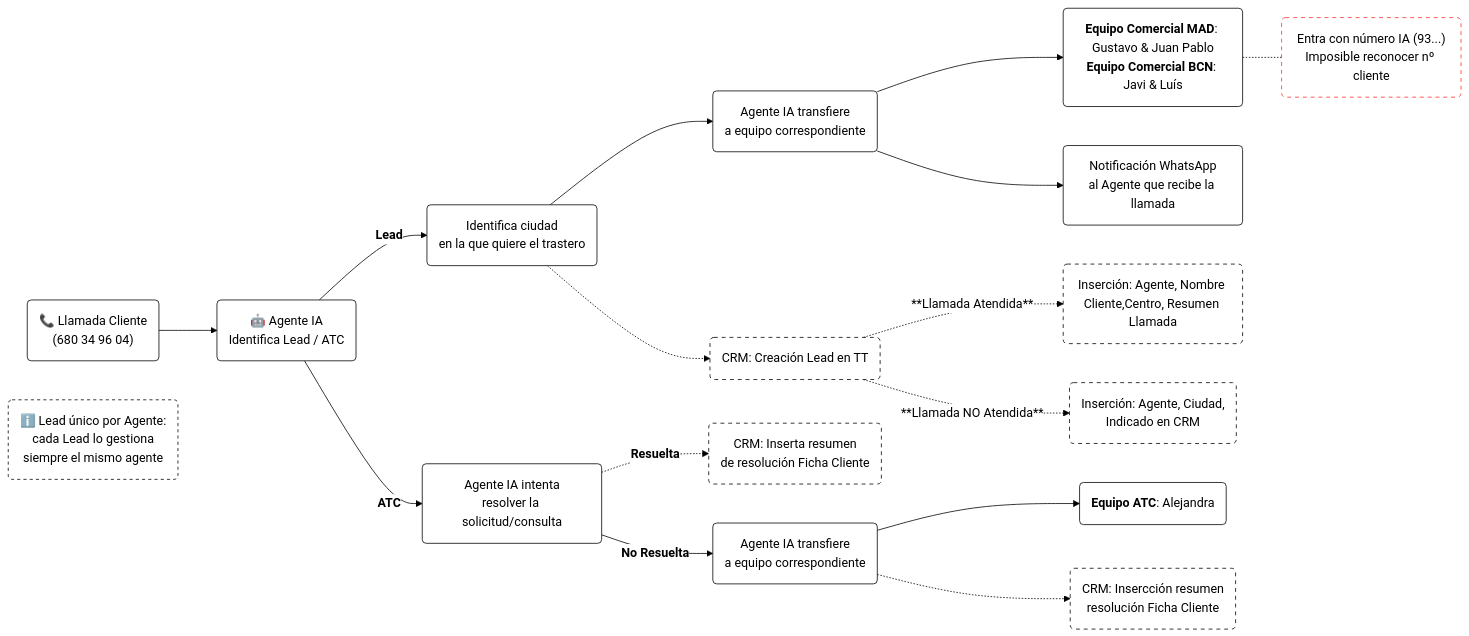
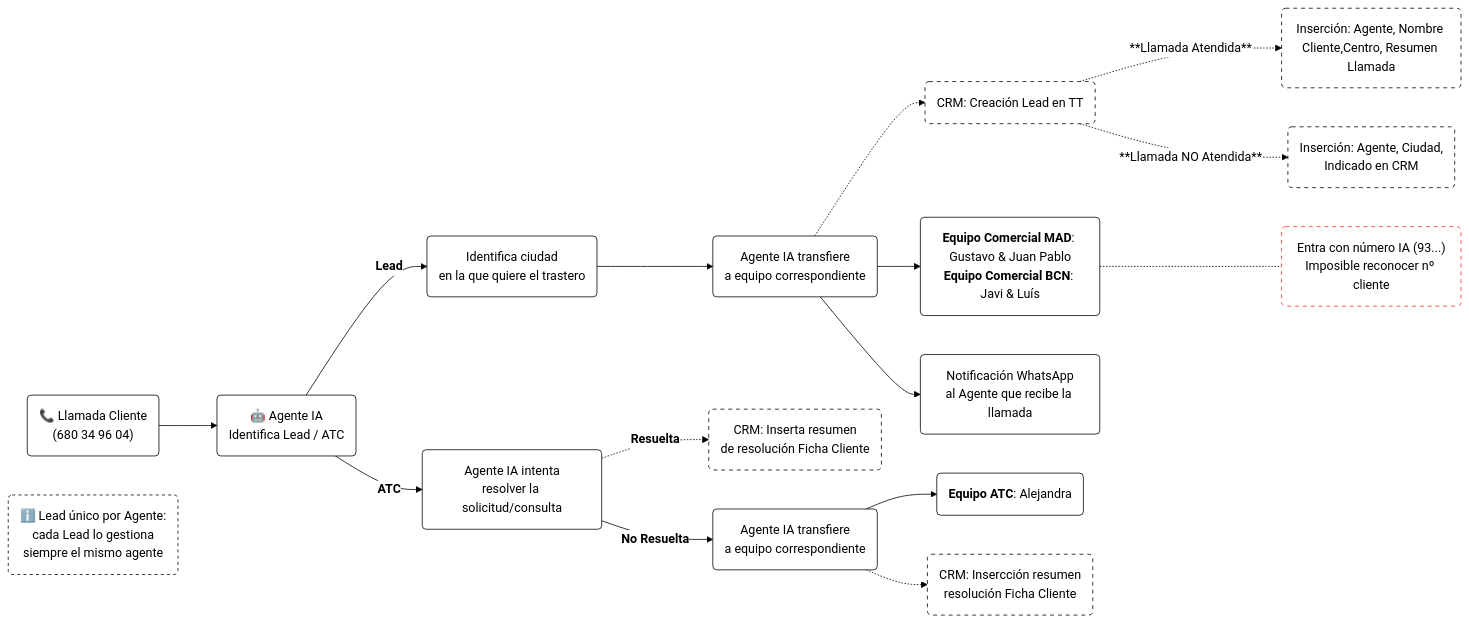
One commit to Fblanchete/Agente-IA changed the diagram in flujo_en_horario (1).md. Above: the diagram before and after it, drawn with Mermaid.

Commit message:
Update flujo_en_horario (1).md

````diff
--- a/flujo_en_horario (1).md
+++ b/flujo_en_horario (1).md
@@ -3,35 +3,35 @@
 ```mermaid
 %%{init: {'theme': 'base', 'themeVariables': { 'fontFamily': 'Arial', 'background': '#FFFFFF', 'primaryColor': '#FFFFFF', 'primaryBorderColor': '#000000', 'primaryTextColor': '#000000', 'lineColor': '#000000', 'secondaryColor': '#FFFFFF', 'tertiaryColor': '#FFFFFF'}}}%%
 flowchart LR
     A1("📞 Llamada Cliente<br/>(680 34 96 04)") --> A2("🤖 Agente IA<br/>Identifica Lead / ATC")
 
     A2 -->|"`**Lead**`"| L1("Identifica ciudad<br/>en la que quiere el trastero")
     L1 --> L2("Agente IA transfiere<br/>a equipo correspondiente")
-    L1 -.-> CRM1("CRM: Creación Lead en TT")
+    L2 -.-> CRM1("CRM: Creación Lead en TT")
     L4 -.- L3("Entra con número IA (93...)<br/>Imposible reconocer nº cliente")
     L2 --> L4("`**Equipo Comercial MAD**: Gustavo & Juan Pablo<br/>**Equipo Comercial BCN**: Javi & Luís`")
     L2 --> L5("Notificación WhatsApp<br/>al Agente que recibe la llamada")
     CRM1 -.-> |"**Llamada Atendida**"| LA("Inserción: Agente, Nombre Cliente,Centro, Resumen Llamada")
     CRM1 -.-> |"**Llamada NO Atendida**"| LNA("Inserción: Agente, Ciudad,<br/>Indicado en CRM")
 
     A2 -->|"`**ATC**`"| T1("Agente IA intenta<br/>resolver la solicitud/consulta")
     T1 -.->|"`**Resuelta**`"| CRM2("CRM: Inserta resumen<br/>de resolución Ficha Cliente")
     T1 -->|"`**No Resuelta**`"| T2("Agente IA transfiere<br/>a equipo correspondiente")
     T2 --> T3("`**Equipo ATC**: Alejandra`")
     T2 -.-> CRM3("CRM: Insercción resumen<br/>resolución Ficha Cliente")
   
 
     N0("ℹ️ Lead único por Agente:<br/>cada Lead lo gestiona<br/>siempre el mismo agente")
 
 
     classDef todos fill:#FFFFFF,stroke:#000000,color:#000000
     classDef nota fill:#FFFFFF,stroke:#000000,color:#000000,stroke-dasharray: 4 4
     classDef comment fill:#FFFFFF,stroke:#FF2C2C,color:#000000,stroke-dasharray: 5 5
     classDef CRM fill:#FFFFFF,stroke:#000000,color:#000000,stroke-dasharray: 5 5
     class A1,A2,L1,L2,L4,L5,T1,T2,T3 todos
     class N0 nota
     class L3 comment
     class CRM1,LA,LNA,CRM3,CRM2 CRM
    
 
 ```
````
